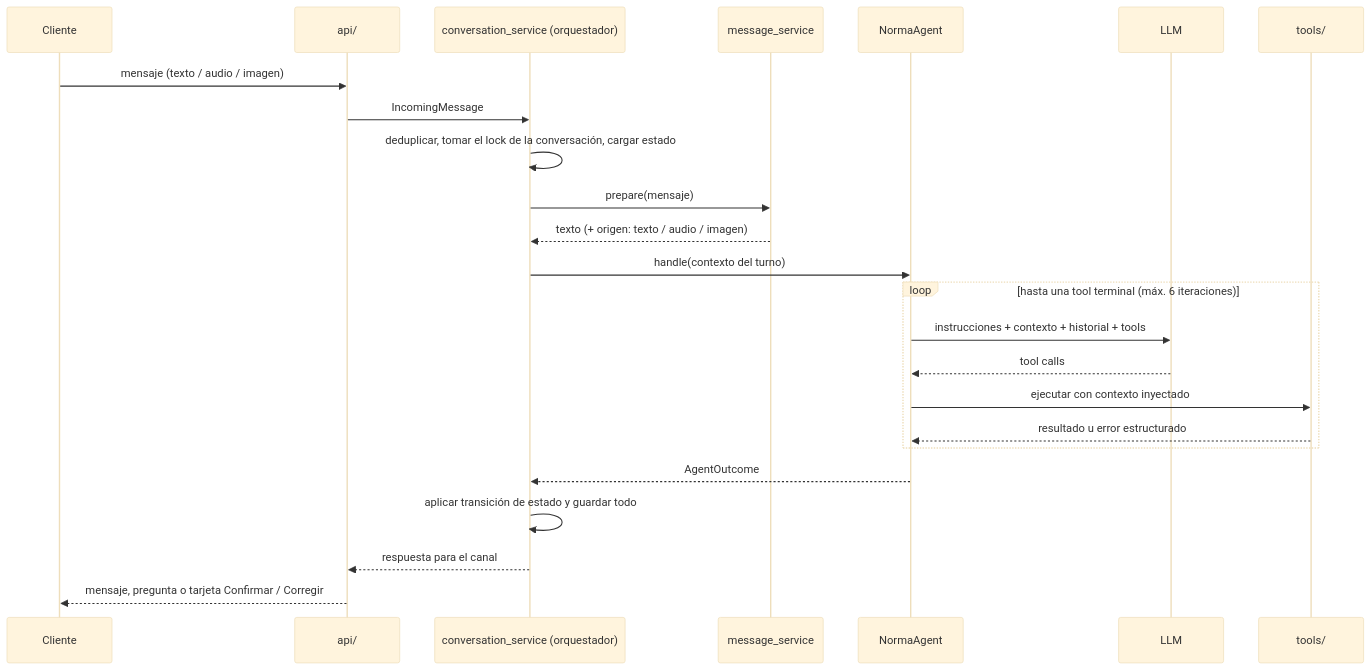
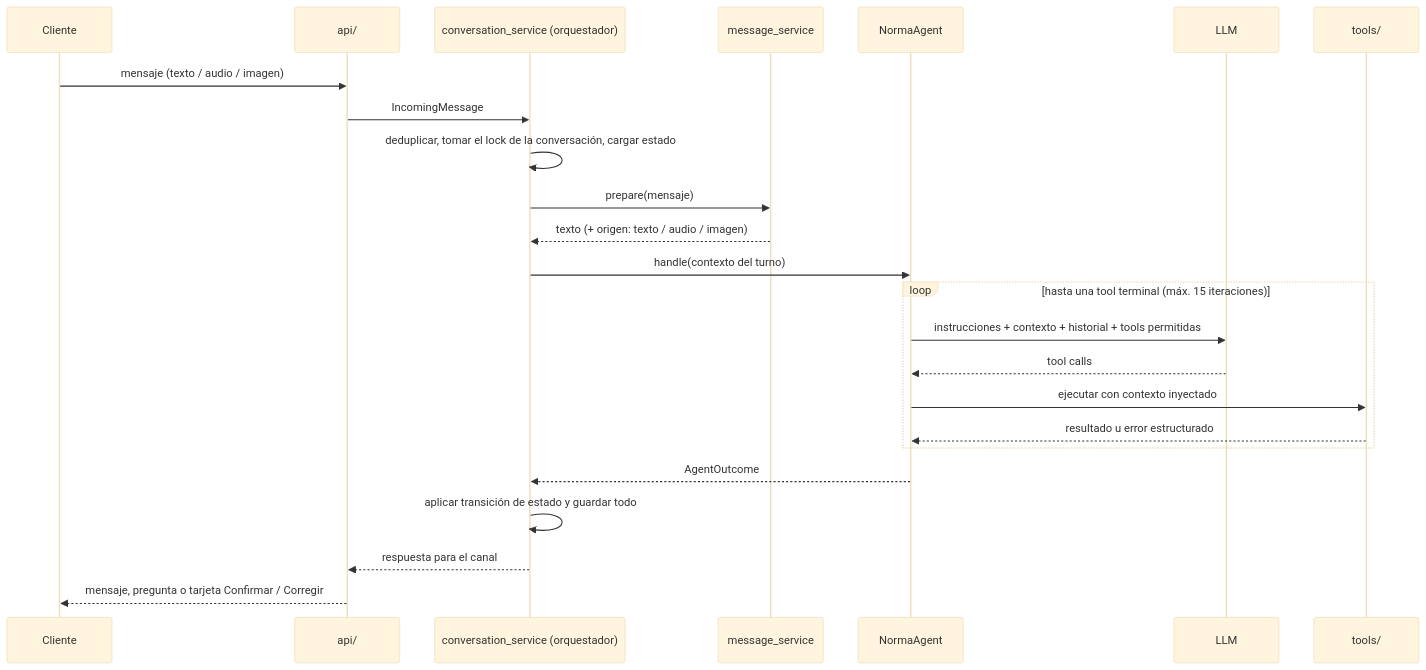
Before and after one commit to FernandoMRestelli/norma-agentic-ai: the second of 3 diagrams in docs/spec/agente.md, drawn with Mermaid (base theme). The commit also changed other lines of this file and 3 other files, not shown here.

````diff
--- a/docs/spec/agente.md
+++ b/docs/spec/agente.md
@@ -93,26 +94,26 @@
 ```mermaid
 sequenceDiagram
     participant C as Cliente
     participant API as api/
     participant O as conversation_service (orquestador)
     participant M as message_service
     participant A as NormaAgent
     participant L as LLM
     participant T as tools/
     C->>API: mensaje (texto / audio / imagen)
     API->>O: IncomingMessage
     O->>O: deduplicar, tomar el lock de la conversación, cargar estado
     O->>M: prepare(mensaje)
     M-->>O: texto (+ origen: texto / audio / imagen)
     O->>A: handle(contexto del turno)
-    loop hasta una tool terminal (máx. 6 iteraciones)
-        A->>L: instrucciones + contexto + historial + tools
+    loop hasta una tool terminal (máx. 15 iteraciones)
+        A->>L: instrucciones + contexto + historial + tools permitidas
         L-->>A: tool calls
         A->>T: ejecutar con contexto inyectado
         T-->>A: resultado u error estructurado
     end
     A-->>O: AgentOutcome
     O->>O: aplicar transición de estado y guardar todo
     O-->>API: respuesta para el canal
     API-->>C: mensaje, pregunta o tarjeta Confirmar / Corregir
 ```
````
